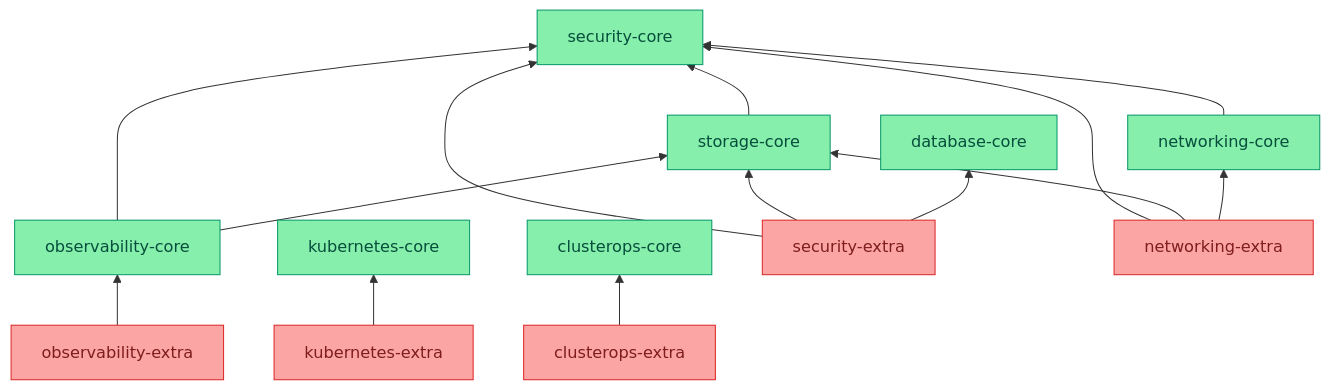
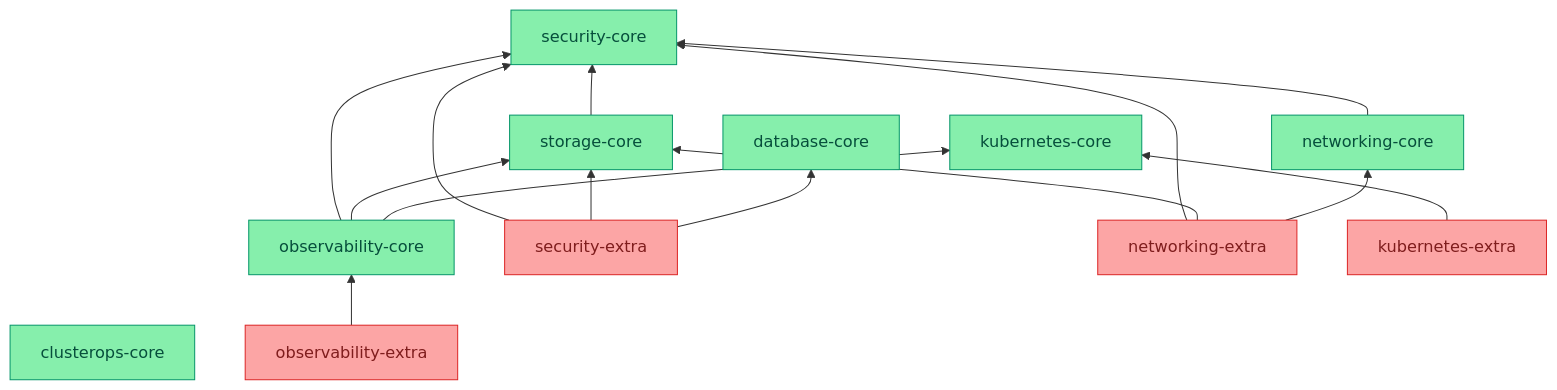
The diagram in infrastructure/README.md (ppat/homelab-ops-kubernetes-apps), drawn with Mermaid before and after one commit. The commit also changed other lines of this file and 13 other files, not shown here.

Commit message:
refactor(infra-kubernetes-core): move node-feature-discovery + vpa from kubernetes-extra -> kubernetes-core module (#1726)

````diff
--- a/infrastructure/README.md
+++ b/infrastructure/README.md
@@ -21,42 +21,41 @@
 ```mermaid
 flowchart BT
     %% Color scheme for better contrast in light/dark themes
     classDef core fill:#86efac,stroke:#059669,color:#064e3b
     classDef extra fill:#fca5a5,stroke:#dc2626,color:#7f1d1d
 
     %% Layer 1 - Root
     security-core[security-core]:::core
 
     %% Layer 2 - Direct Dependencies
     storage-core[storage-core]:::core
     networking-core[networking-core]:::core
     observability-core[observability-core]:::core
     database-core[database-core]:::core
 
     %% Layer 3 - Extended Components
     kubernetes-core[kubernetes-core]:::core
     clusterops-core[clusterops-core]:::core
     security-extra[security-extra]:::extra
     networking-extra[networking-extra]:::extra
     kubernetes-extra[kubernetes-extra]:::extra
-    clusterops-extra[clusterops-extra]:::extra
     observability-extra[observability-extra]:::extra
 
     %% Dependencies - Organized by layers
     storage-core & networking-core & observability-core --> security-core
     observability-core --> storage-core
+    observability-core --> kubernetes-core
 
     %% Extra module dependencies - Minimizing crossings
     security-extra --> security-core
     security-extra --> storage-core
     security-extra --> database-core
 
     networking-extra --> security-core
     networking-extra --> storage-core
     networking-extra --> networking-core
 
     observability-extra --> observability-core
 
     kubernetes-extra --> kubernetes-core
-    clusterops-extra --> clusterops-core
 ```
````
